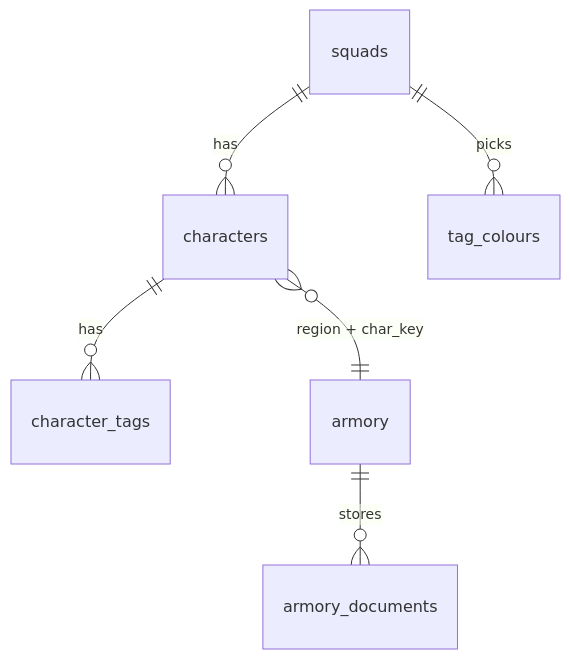
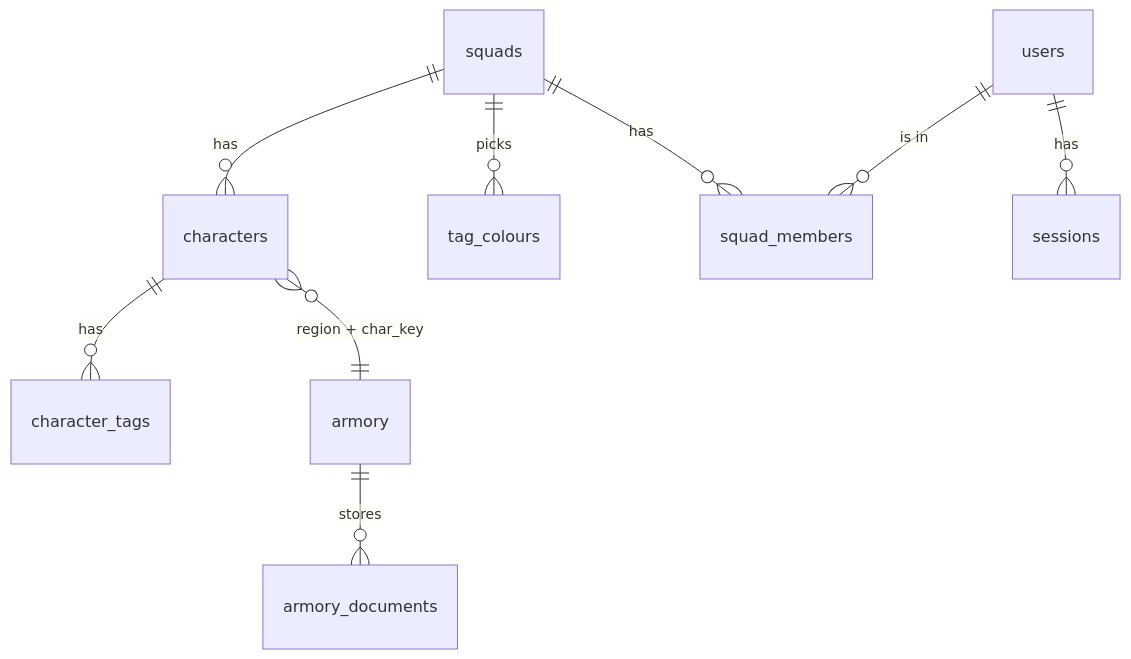
Before and after one commit to tinnet/zesquad: the diagram in docs/design.md, drawn with Mermaid. The commit also changed other lines of this file and 8 other files, not shown here.

First line of the commit message:
feat(db): squads have an owner and members

````diff
--- a/docs/design.md
+++ b/docs/design.md
@@ -18,8 +18,11 @@
 ```mermaid
 erDiagram
     squads ||--o{ characters : has
     squads ||--o{ tag_colours : picks
     characters ||--o{ character_tags : has
     characters }o--|| armory : "region + char_key"
     armory ||--o{ armory_documents : stores
+    squads ||--o{ squad_members : has
+    users ||--o{ squad_members : "is in"
+    users ||--o{ sessions : has
 ```
````
